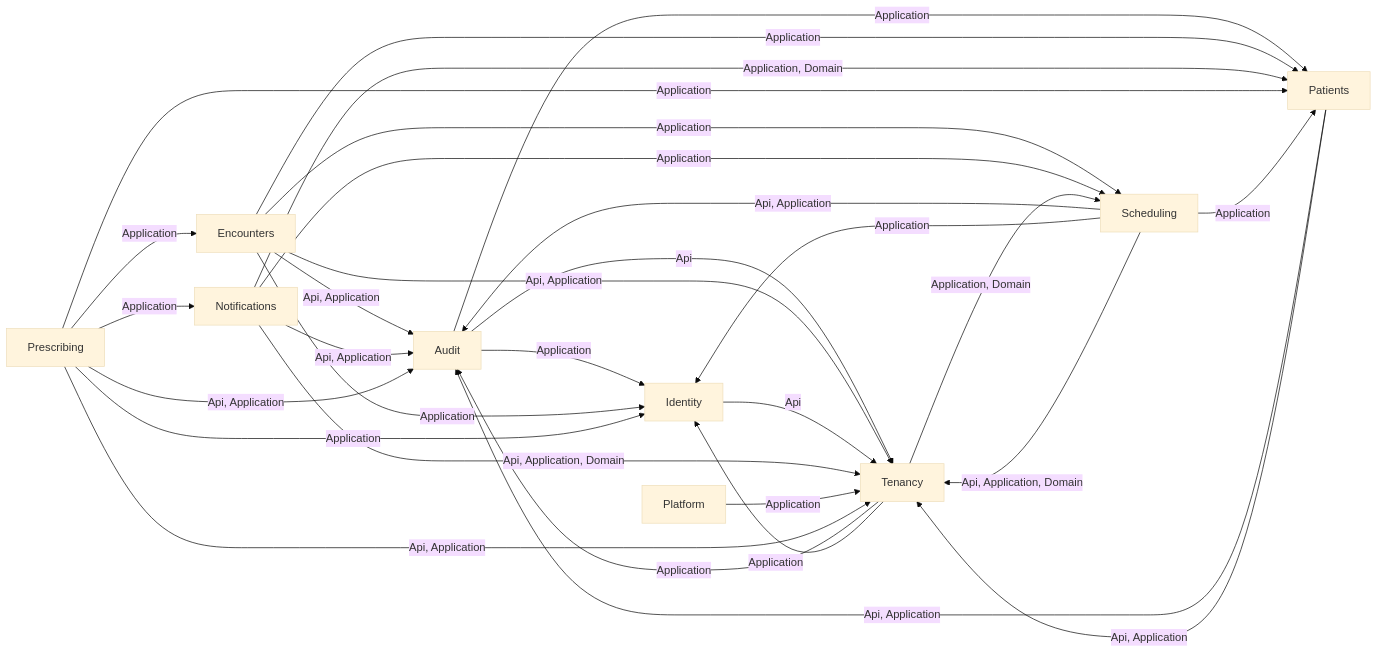
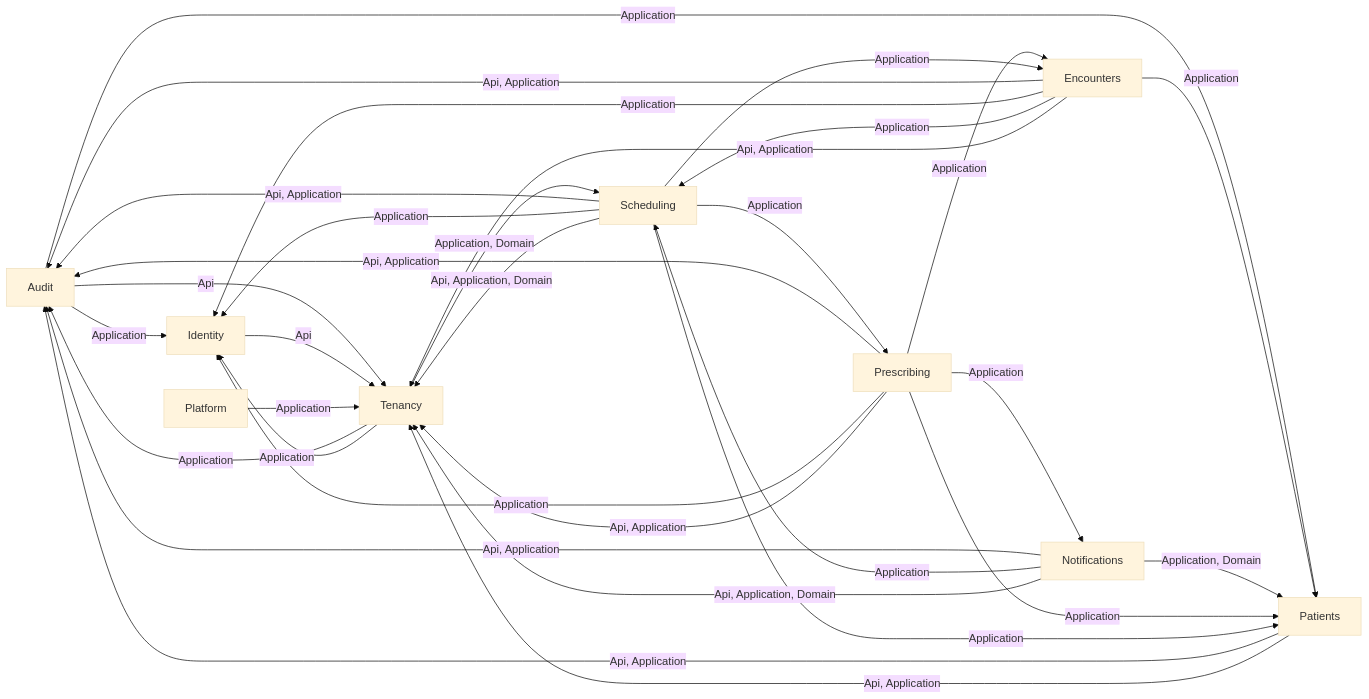
The second of 14 diagrams in docs/03-architecture/erd.md (ALFRED-LUCIFER/medvya), drawn with Mermaid (base theme) before and after one commit. The commit also changed other lines of this file and 32 other files, not shown here.

````diff
--- a/docs/03-architecture/erd.md
+++ b/docs/03-architecture/erd.md
@@ -56,32 +56,34 @@
 ```mermaid
 flowchart LR
   Audit -->|"Application"| Identity
   Audit -->|"Application"| Patients
   Audit -->|"Api"| Tenancy
   Encounters -->|"Api, Application"| Audit
   Encounters -->|"Application"| Identity
   Encounters -->|"Application"| Patients
   Encounters -->|"Application"| Scheduling
   Encounters -->|"Api, Application"| Tenancy
   Identity -->|"Api"| Tenancy
   Notifications -->|"Api, Application"| Audit
   Notifications -->|"Application, Domain"| Patients
   Notifications -->|"Application"| Scheduling
   Notifications -->|"Api, Application, Domain"| Tenancy
   Patients -->|"Api, Application"| Audit
   Patients -->|"Api, Application"| Tenancy
   Platform -->|"Application"| Tenancy
   Prescribing -->|"Api, Application"| Audit
   Prescribing -->|"Application"| Encounters
   Prescribing -->|"Application"| Identity
   Prescribing -->|"Application"| Notifications
   Prescribing -->|"Application"| Patients
   Prescribing -->|"Api, Application"| Tenancy
   Scheduling -->|"Api, Application"| Audit
+  Scheduling -->|"Application"| Encounters
   Scheduling -->|"Application"| Identity
   Scheduling -->|"Application"| Patients
+  Scheduling -->|"Application"| Prescribing
   Scheduling -->|"Api, Application, Domain"| Tenancy
   Tenancy -->|"Application"| Audit
   Tenancy -->|"Application"| Identity
   Tenancy -->|"Application, Domain"| Scheduling
 ```
````
